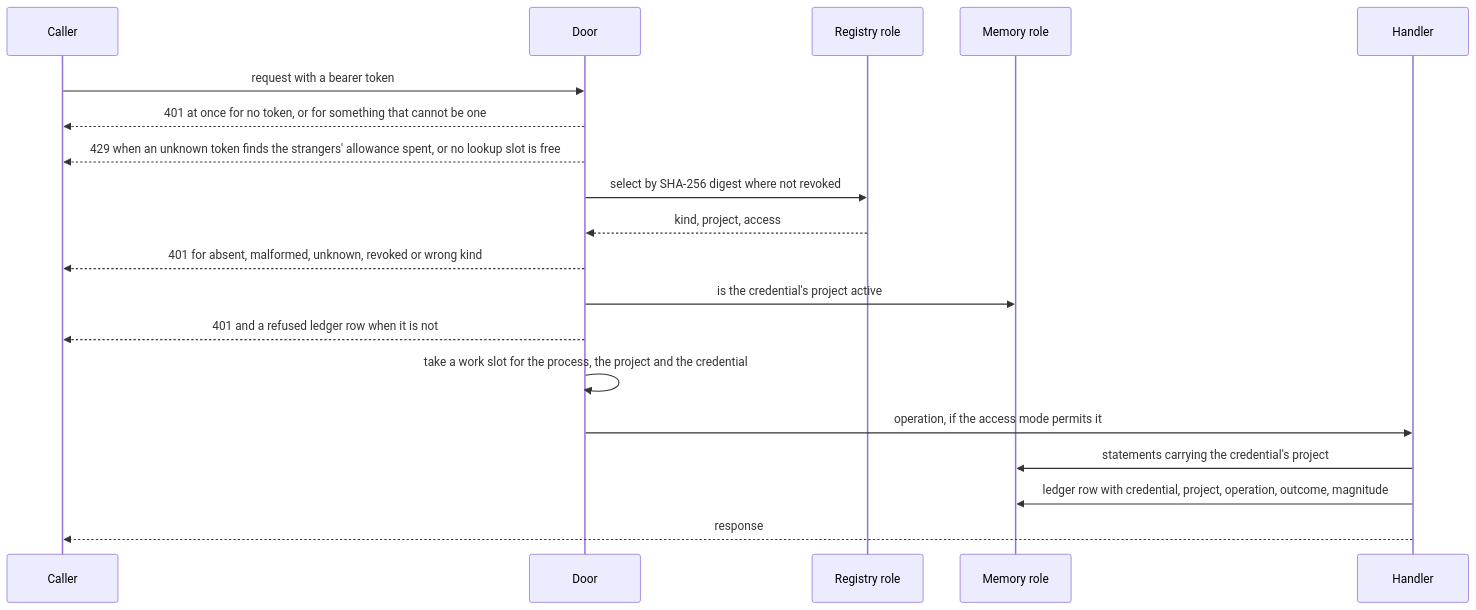
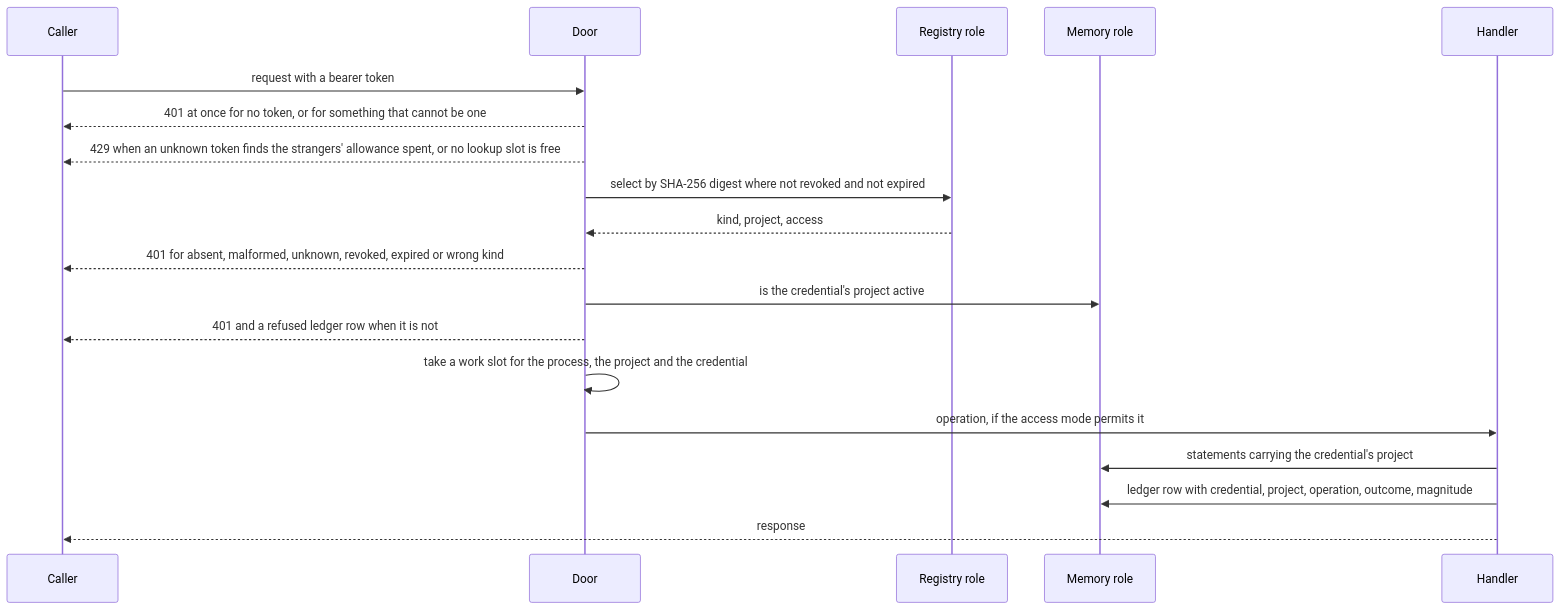
The second of 2 diagrams in docs/architecture/security.md (ensera-ai/taisce), drawn with Mermaid before and after one commit. The commit also changed other lines of this file and 19 other files, not shown here.

````diff
--- a/docs/architecture/security.md
+++ b/docs/architecture/security.md
@@ -223,21 +231,21 @@
 ```mermaid
 sequenceDiagram
   participant C as Caller
   participant D as Door
   participant R as Registry role
   participant M as Memory role
   participant H as Handler
   C->>D: request with a bearer token
   D-->>C: 401 at once for no token, or for something that cannot be one
   D-->>C: 429 when an unknown token finds the strangers' allowance spent, or no lookup slot is free
-  D->>R: select by SHA-256 digest where not revoked
+  D->>R: select by SHA-256 digest where not revoked and not expired
   R-->>D: kind, project, access
-  D-->>C: 401 for absent, malformed, unknown, revoked or wrong kind
+  D-->>C: 401 for absent, malformed, unknown, revoked, expired or wrong kind
   D->>M: is the credential's project active
   D-->>C: 401 and a refused ledger row when it is not
   D->>D: take a work slot for the process, the project and the credential
   D->>H: operation, if the access mode permits it
   H->>M: statements carrying the credential's project
   H->>M: ledger row with credential, project, operation, outcome, magnitude
   H-->>C: response
 ```
````
